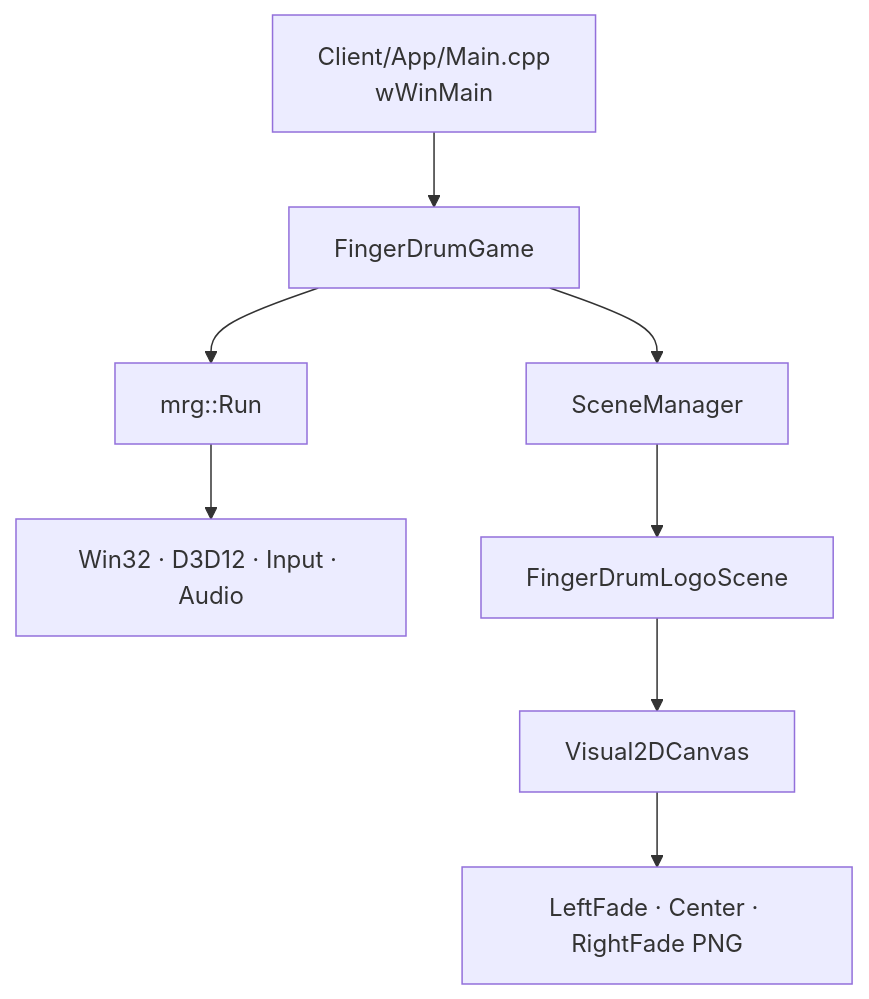
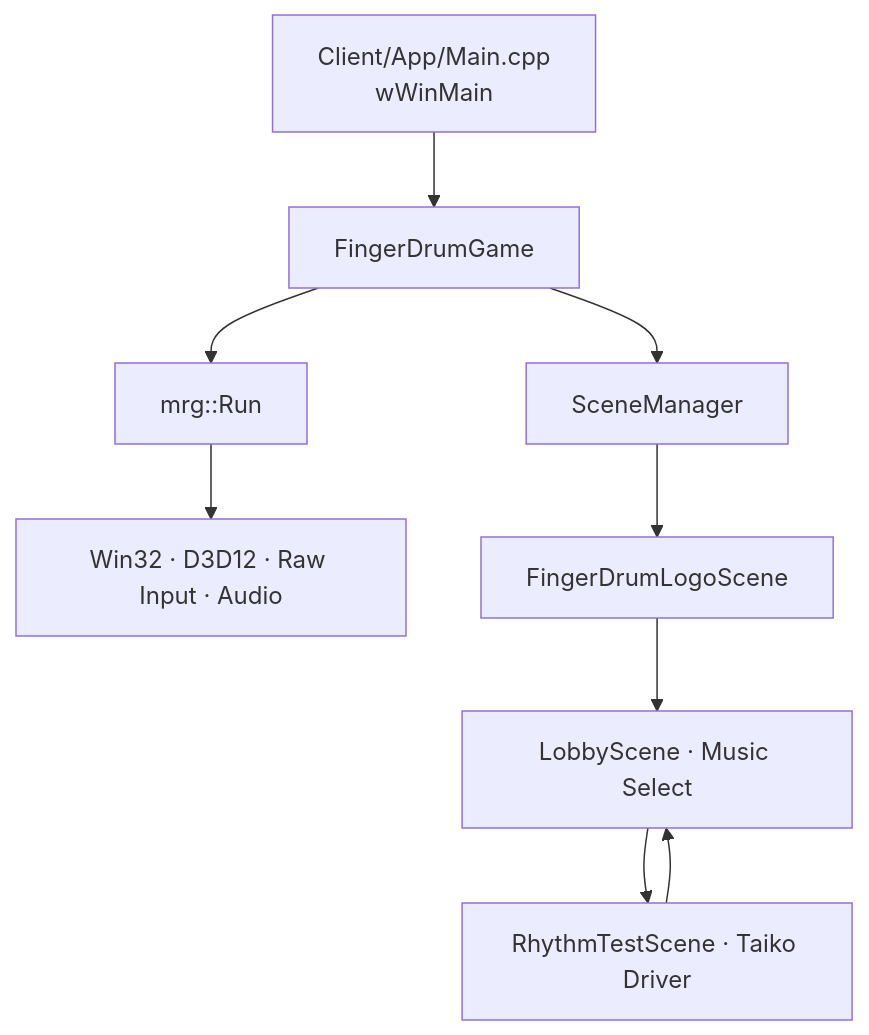
The diagram in Docs/ExecutionFlow.md (4dblackhole/MyRhythmGame-Client), drawn with Mermaid before and after one commit. The commit also changed other lines of this file and 46 other files, not shown here.

Commit message:
Add FingerDrum rhythm architecture and song select (#11)

````diff
--- a/Docs/ExecutionFlow.md
+++ b/Docs/ExecutionFlow.md
@@ -7,10 +6,11 @@
 ```mermaid
 flowchart TD
     Entry["Client/App/Main.cpp\nwWinMain"] --> Game["FingerDrumGame"]
     Game --> Run["mrg::Run"]
-    Run --> Systems["Win32 · D3D12 · Input · Audio"]
+    Run --> Systems["Win32 · D3D12 · Raw Input · Audio"]
     Game --> Manager["SceneManager"]
     Manager --> Logo["FingerDrumLogoScene"]
-    Logo --> Canvas["Visual2DCanvas"]
-    Canvas --> Images["LeftFade · Center · RightFade PNG"]
+    Logo --> Lobby["LobbyScene · Music Select"]
+    Lobby --> Test["RhythmTestScene · Taiko Driver"]
+    Test --> Lobby
 ```
````
